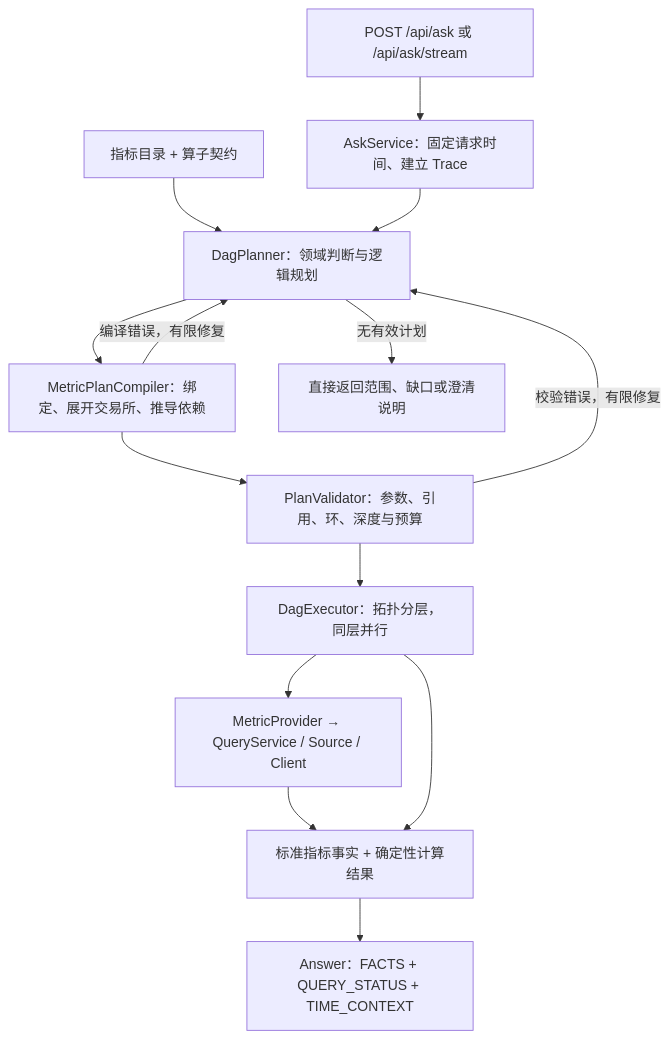
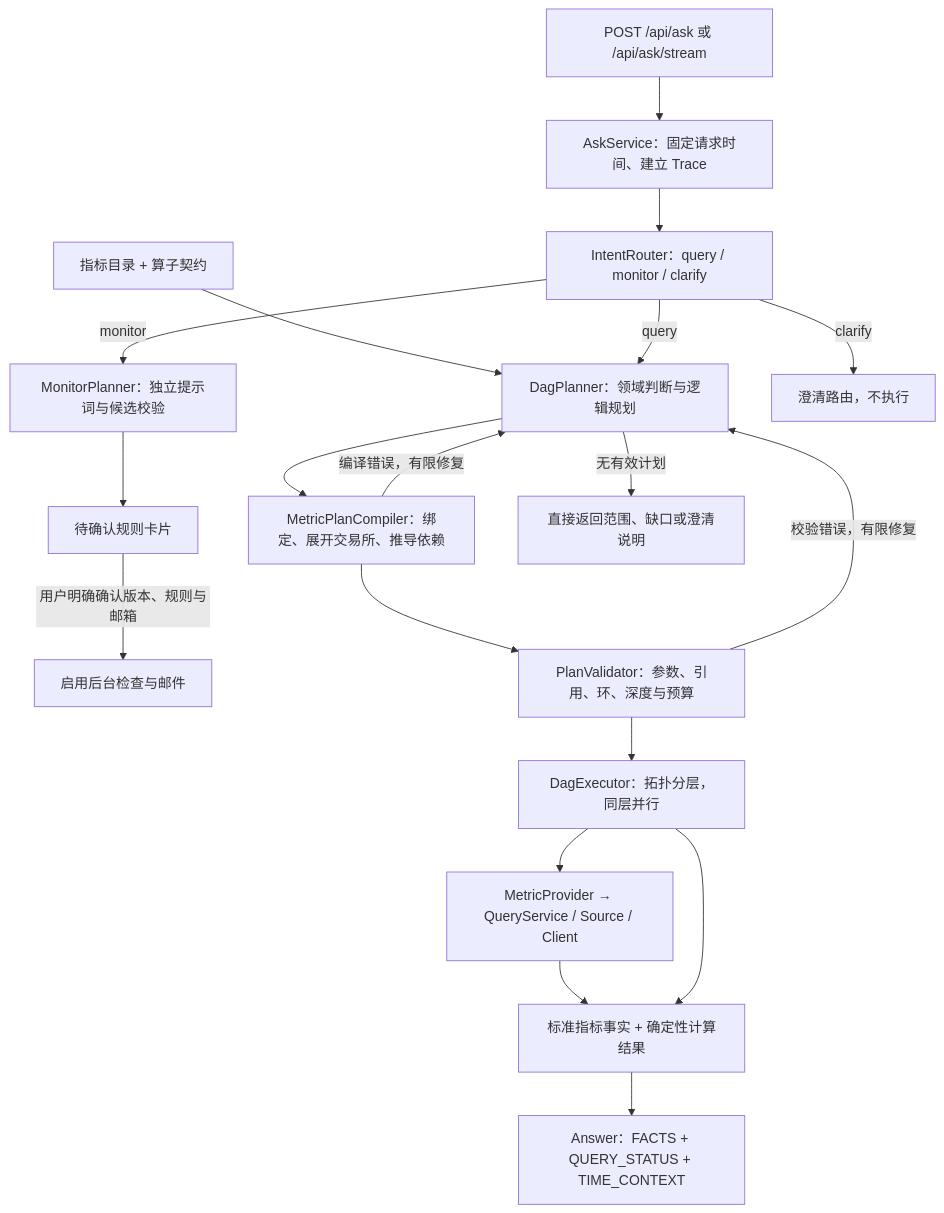
Before and after one commit to wztbbs/CEXPilot: the diagram in README.md, drawn with Mermaid. The commit also changed other lines of this file and 120 other files, not shown here.

````diff
--- a/README.md
+++ b/README.md
@@ -49,16 +51,21 @@
 ```mermaid
 flowchart TD
     Q[POST /api/ask 或 /api/ask/stream] --> S[AskService：固定请求时间、建立 Trace]
     M[指标目录 + 算子契约] --> P[DagPlanner：领域判断与逻辑规划]
-    S --> P
+    S --> R0[IntentRouter：query / monitor / clarify]
+    R0 -->|query| P
+    R0 -->|monitor| MP[MonitorPlanner：独立提示词与候选校验]
+    MP --> MD[待确认规则卡片]
+    MD -->|用户明确确认版本、规则与邮箱| MC[启用后台检查与邮件]
+    R0 -->|clarify| RC[澄清路由，不执行]
     P --> C[MetricPlanCompiler：绑定、展开交易所、推导依赖]
     C --> V[PlanValidator：参数、引用、环、深度与预算]
     C -->|编译错误，有限修复| P
     V -->|校验错误，有限修复| P
     V --> E[DagExecutor：拓扑分层，同层并行]
     E --> R[MetricProvider → QueryService / Source / Client]
     R --> F[标准指标事实 + 确定性计算结果]
     E --> F
     F --> A[Answer：FACTS + QUERY_STATUS + TIME_CONTEXT]
     P -->|无有效计划| D[直接返回范围、缺口或澄清说明]
 ```
````
